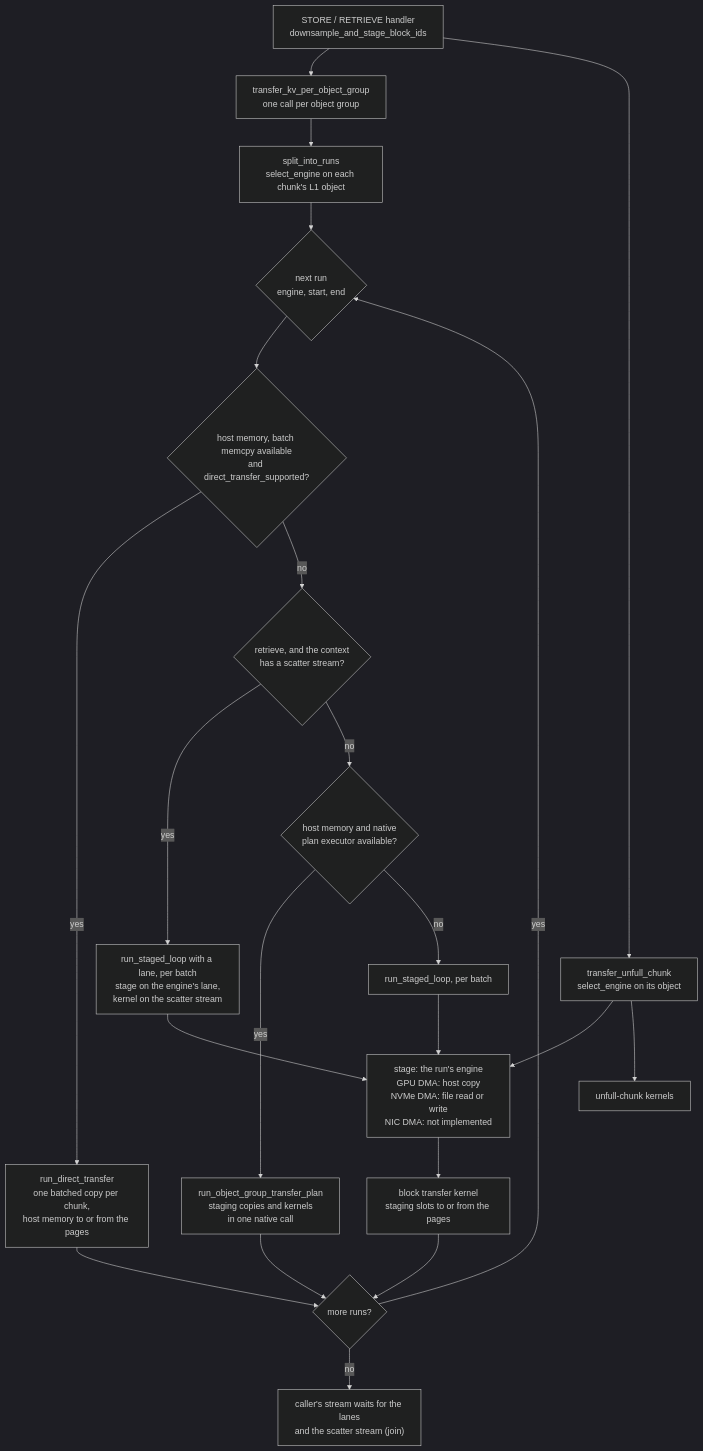
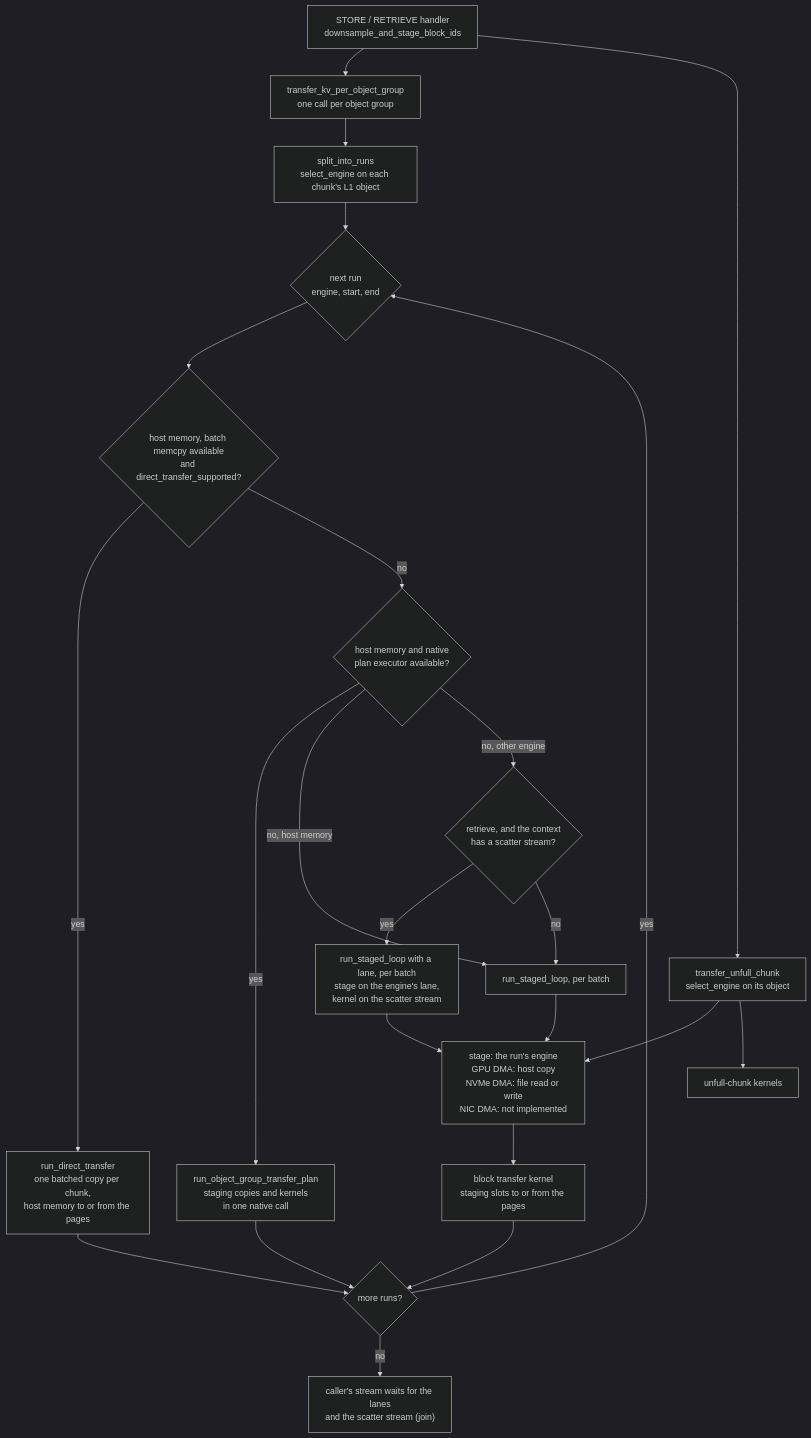
The diagram in docs/design/v1/multiprocess/lmcache_driven_transfer_copy_paths.md (LMCache/LMCache), drawn with Mermaid (dark theme) before and after one commit. The commit also changed other lines of this file and 3 other files, not shown here.

First line of the commit message:
[MP] Keep host-memory retrieves on the caller's stream

````diff
--- a/docs/design/v1/multiprocess/lmcache_driven_transfer_copy_paths.md
+++ b/docs/design/v1/multiprocess/lmcache_driven_transfer_copy_paths.md
@@ -78,40 +78,41 @@
 ```mermaid
 flowchart TD
     H["STORE / RETRIEVE handler<br/>downsample_and_stage_block_ids"]
     D["transfer_kv_per_object_group<br/>one call per object group"]
     S["split_into_runs<br/>select_engine on each chunk's L1 object"]
     R{"next run<br/>engine, start, end"}
     G1{"host memory, batch memcpy available<br/>and direct_transfer_supported?"}
     G0{"retrieve, and the context<br/>has a scatter stream?"}
     P["run_staged_loop with a lane, per batch<br/>stage on the engine's lane,<br/>kernel on the scatter stream"]
     G2{"host memory and native<br/>plan executor available?"}
     GD["run_direct_transfer<br/>one batched copy per chunk,<br/>host memory to or from the pages"]
     GP["run_object_group_transfer_plan<br/>staging copies and kernels<br/>in one native call"]
     L["run_staged_loop, per batch"]
     ST["stage: the run's engine<br/>GPU DMA: host copy<br/>NVMe DMA: file read or write<br/>NIC DMA: not implemented"]
     K["block transfer kernel<br/>staging slots to or from the pages"]
     E{"more runs?"}
     Q["caller's stream waits for the lanes<br/>and the scatter stream (join)"]
     U["transfer_unfull_chunk<br/>select_engine on its object"]
     UK["unfull-chunk kernels"]
 
     H --> D --> S --> R
     R --> G1
     G1 -->|yes| GD
-    G1 -->|no| G0
+    G1 -->|no| G2
+    G2 -->|yes| GP
+    G2 -->|"no, host memory"| L
+    G2 -->|"no, other engine"| G0
     G0 -->|yes| P
-    G0 -->|no| G2
+    G0 -->|no| L
     P --> ST
-    G2 -->|yes| GP
-    G2 -->|no| L
     L --> ST
     ST --> K
     GD --> E
     GP --> E
     K --> E
     E -->|yes| R
     E -->|no| Q
     H --> U
     U --> ST
     U --> UK
 ```
````
